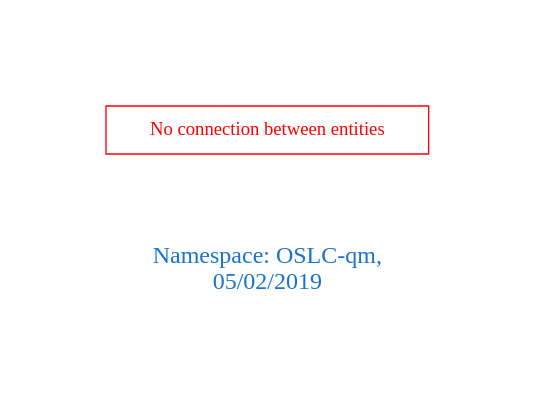
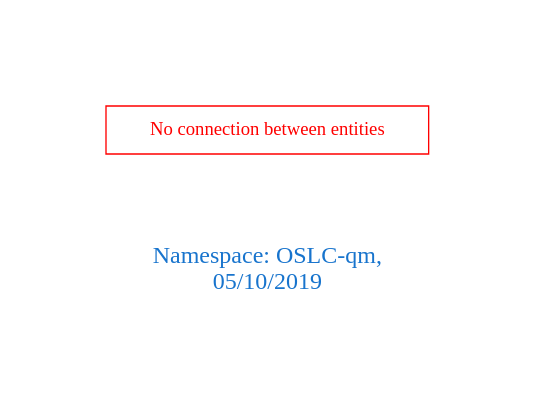
Before and after one commit to arago/OGIT: the diagram in downloads/OSLC-qm.dot, drawn with Graphviz. The commit also changed 1392 other files, not shown here.

```diff
--- a/downloads/OSLC-qm.dot
+++ b/downloads/OSLC-qm.dot
@@ -1,9 +1,9 @@
 digraph OGIT_ontology {
  graph [ rankdir= LR,pad=1 
 fontsize = 18,
-fontcolor= dodgerblue3,label = "\n\n\nNamespace: OSLC-qm, \n 05/02/2019"];
+fontcolor= dodgerblue3,label = "\n\n\nNamespace: OSLC-qm, \n 05/10/2019"];
 node[shape=polygon];
 edge [  color="gray81"];
 
 "No connection between entities" [fontcolor = "red",color="red", shape="polygon"]
 }
```
